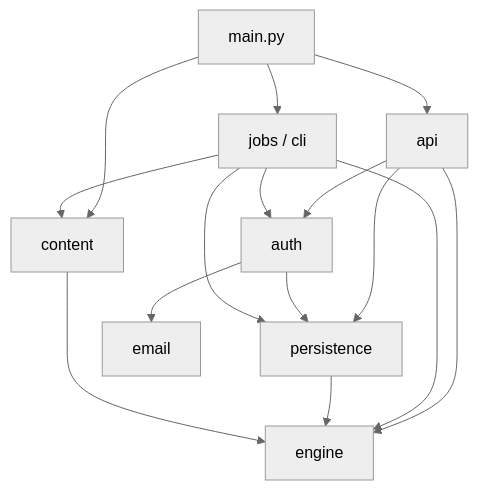
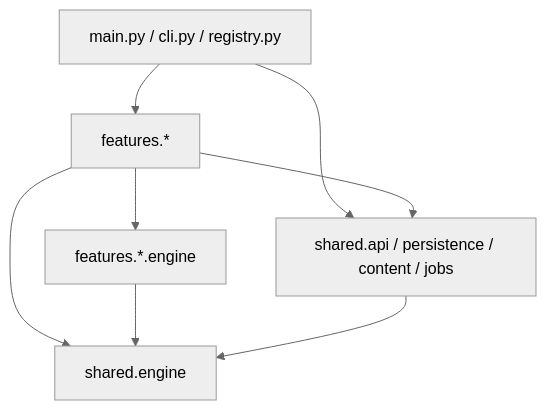
The first of 4 diagrams in .docs/planning-artifacts/architecture/architecture-IBE160-G13-2026-11-09/ARCHITECTURE-SPINE.md (IBE160-2026/G13-dahl-eggen-naess-ring), drawn with Mermaid (neutral theme) before and after one commit. The commit also changed other lines of this file and 6 other files, not shown here.

````diff
--- a/.docs/planning-artifacts/architecture/architecture-IBE160-G13-2026-11-09/ARCHITECTURE-SPINE.md
+++ b/.docs/planning-artifacts/architecture/architecture-IBE160-G13-2026-11-09/ARCHITECTURE-SPINE.md
@@ -51,17 +49,10 @@
 ```mermaid
 flowchart TD
-    main[main.py] --> api[api]
-    main --> ops[jobs / cli]
-    main --> content[content]
-    api --> auth[auth]
-    api --> persistence[persistence]
-    api --> engine[engine]
-    auth --> persistence
-    auth --> email[email]
-    ops --> persistence
-    ops --> engine
-    ops --> content
-    ops --> auth
-    persistence --> engine
-    content --> engine
+    roots[main.py / cli.py / registry.py] --> features[features.*]
+    roots --> sshell[shared.api / persistence / content / jobs]
+    features --> sshell
+    features --> sengine[shared.engine]
+    fengine[features.*.engine] --> sengine
+    features --> fengine
+    sshell --> sengine
 ```
````
